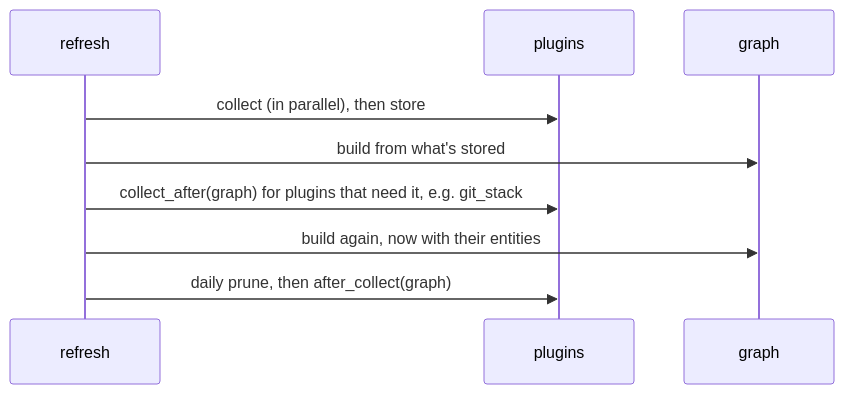
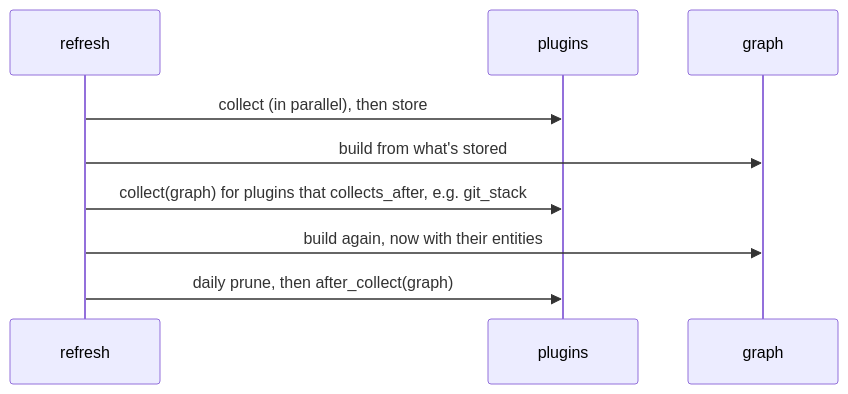
One commit to benekastah/move-forward changed the third of 4 diagrams in docs/graph.md. Above: the diagram before and after it, drawn with Mermaid. The commit also changed other lines of this file and 70 other files, not shown here.

First line of the commit message:
Remove import_dir, refresh_subjects, collect_after and kept_item (B7, 2 of 3) (#232)

````diff
--- a/docs/graph.md
+++ b/docs/graph.md
@@ -93,11 +93,11 @@
 ```mermaid
 sequenceDiagram
     participant R as refresh
     participant P as plugins
     participant G as graph
     R->>P: collect (in parallel), then store
     R->>G: build from what's stored
-    R->>P: collect_after(graph) for plugins that need it, e.g. git_stack
+    R->>P: collect(graph) for plugins that collects_after, e.g. git_stack
     R->>G: build again, now with their entities
     R->>P: daily prune, then after_collect(graph)
 ```
````
